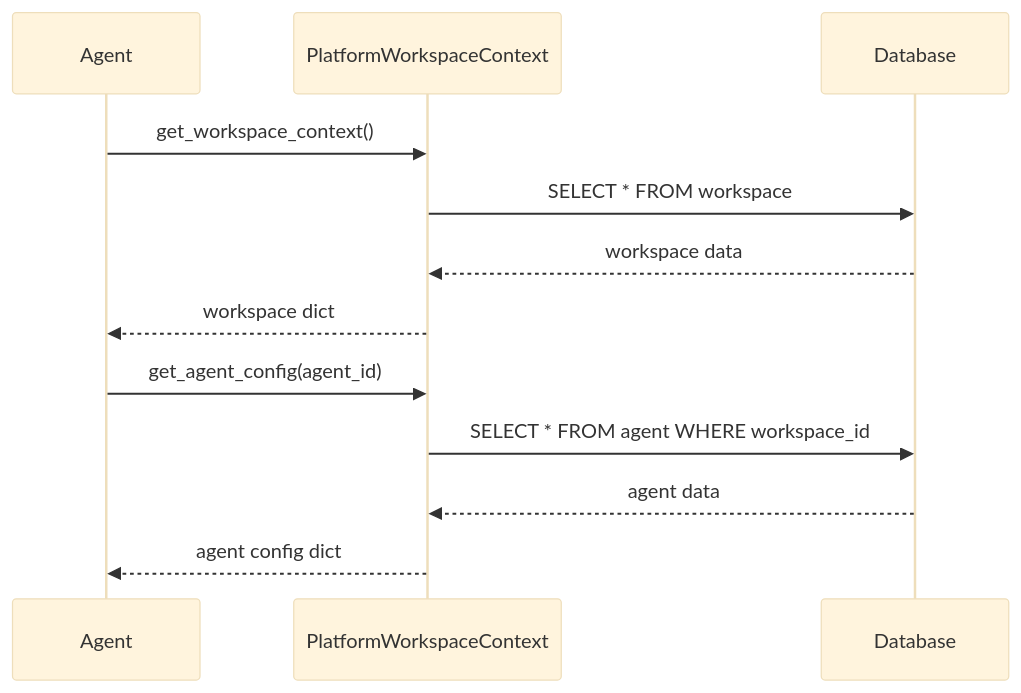
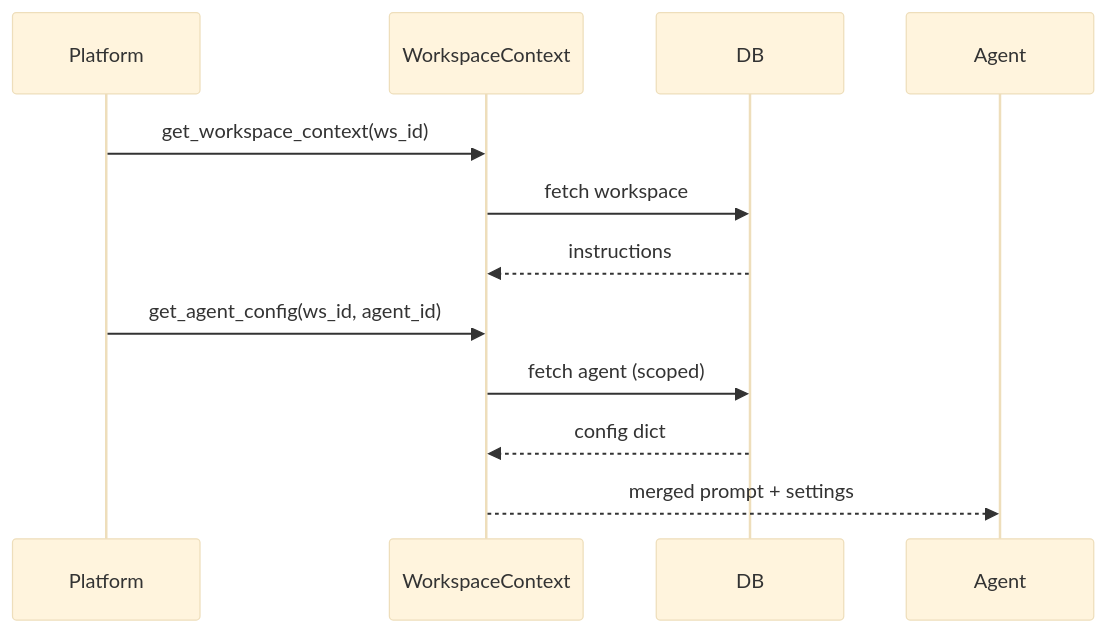
One commit to MervinPraison/PraisonAIDocs changed the second of 2 diagrams in docs/features/platform-workspace-context.mdx. Above: the diagram before and after it, drawn with Mermaid (base theme). The commit also changed other lines of this file and 4 other files, not shown here.

````diff
--- a/docs/features/platform-workspace-context.mdx
+++ b/docs/features/platform-workspace-context.mdx
@@ -93,16 +114,15 @@
 ```mermaid
 sequenceDiagram
+    participant Platform
+    participant Ctx as WorkspaceContext
+    participant DB
     participant Agent
-    participant Context as PlatformWorkspaceContext
-    participant DB as Database
-    
-    Agent->>Context: get_workspace_context()
-    Context->>DB: SELECT * FROM workspace
-    DB-->>Context: workspace data
-    Context-->>Agent: workspace dict
-    
-    Agent->>Context: get_agent_config(agent_id)
-    Context->>DB: SELECT * FROM agent WHERE workspace_id
-    DB-->>Context: agent data
-    Context-->>Agent: agent config dict
+
+    Platform->>Ctx: get_workspace_context(ws_id)
+    Ctx->>DB: fetch workspace
+    DB-->>Ctx: instructions
+    Platform->>Ctx: get_agent_config(ws_id, agent_id)
+    Ctx->>DB: fetch agent (scoped)
+    DB-->>Ctx: config dict
+    Ctx-->>Agent: merged prompt + settings
 ```
````
